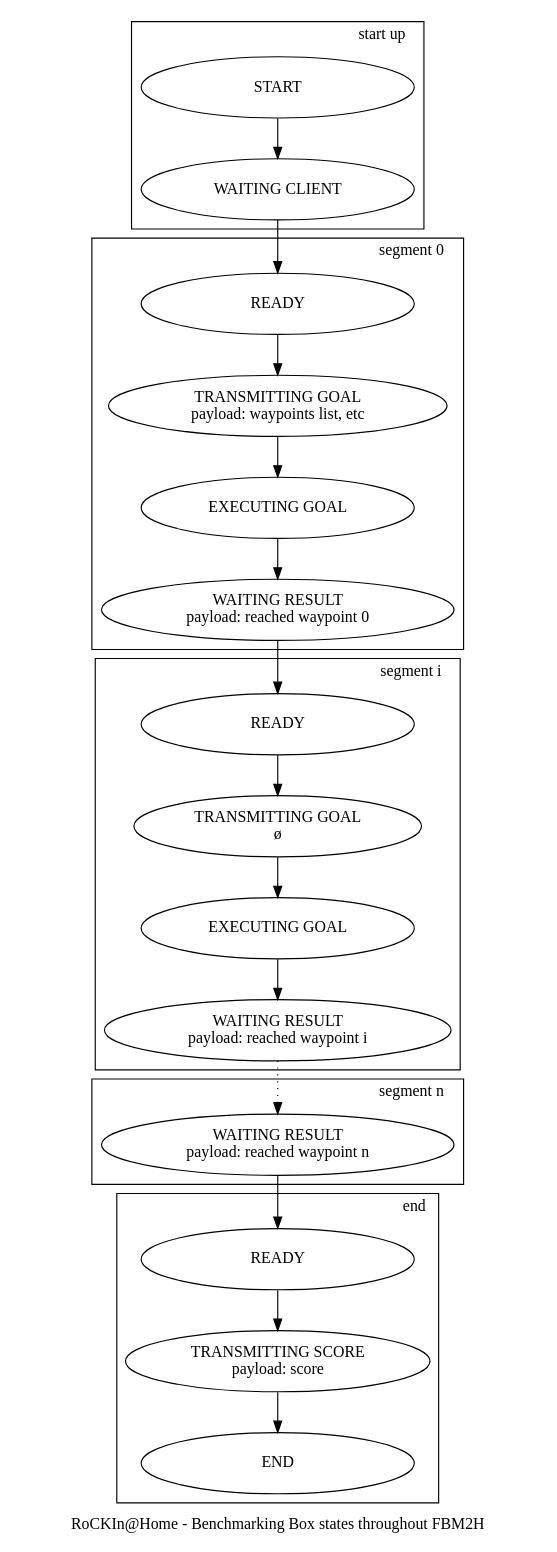
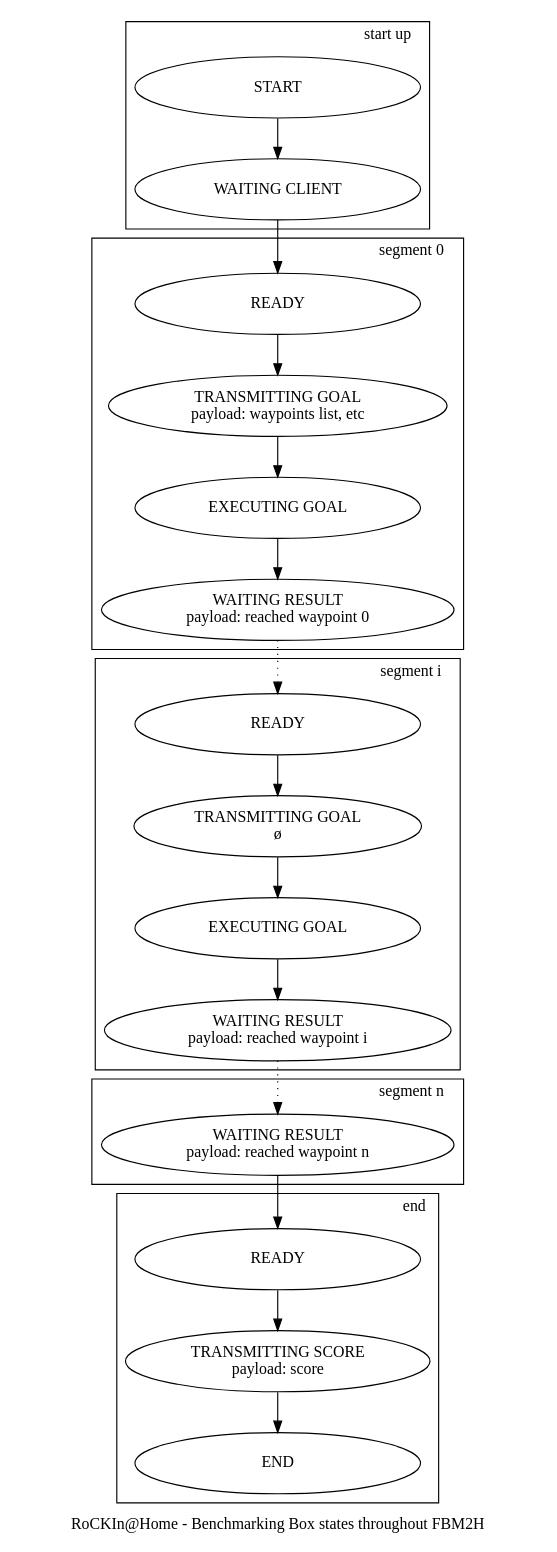
Before and after one commit to Enri2077/rockin_my_doc: the diagram in FBM2H workflow.dot, drawn with Graphviz. The commit also changed 1 other file, not shown here.

```diff
--- a/FBM2H workflow.dot
+++ b/FBM2H workflow.dot
@@ -1,72 +1,72 @@
 digraph {
 	label="RoCKIn@Home - Benchmarking Box states throughout FBM2H";
 	rankdir=TD
 	
-	node[shape="oval", style="", width=3.35, height=0.75]
+	node[shape="oval", style="", width=3.5, height=0.75]
 		start				[label="START"];
 		waiting_client		[label="WAITING CLIENT"];
 		
 		ready				[label="READY"];
 		transmitting_goal	[label="TRANSMITTING GOAL\npayload: waypoints list, etc"];
 		executing_goal		[label="EXECUTING GOAL"];
 		waiting_result		[label="WAITING RESULT\npayload: reached waypoint 0"];
 		
 		ready1				[label="READY"];
 		transmitting_goal1	[label="TRANSMITTING GOAL\nø"];
 		executing_goal1		[label="EXECUTING GOAL"];
 		waiting_result1		[label="WAITING RESULT\npayload: reached waypoint i"];
 		
 		ready2				[label="READY"];
 		waiting_result2		[label="WAITING RESULT\npayload: reached waypoint n"];
 		
 		transmitting_score	[label="TRANSMITTING SCORE\npayload: score"];
 		end					[label="END"];
 	
 	
 	
 	
 	subgraph cluster_startup {
 		start ->
 		waiting_client;
 		labeljust = r;
 		label = "start up";
 		
 	}
 	
 	subgraph cluster_s0 {
 		waiting_client ->
 		ready ->
 		transmitting_goal ->
 		executing_goal ->
 		waiting_result;
 		labeljust = r;
 		label = "segment 0";
 	}
 	
 	subgraph cluster_si {
-		waiting_result ->
+		waiting_result -> ready1[style=dotted];
 		ready1 -> 
 		transmitting_goal1 ->
 		executing_goal1 ->
 		waiting_result1;
 		labeljust = r;
 		label = "segment i";
 	}
 	
 	subgraph cluster_sn {
 		waiting_result1 -> waiting_result2[style=dotted];
 		labeljust = r;
 		label = "segment n";
 	}
 	
 	subgraph cluster_end {
 		waiting_result2 ->
 		ready2 ->
 		transmitting_score -> end;
 		labeljust = r;
 		label = "end";
 	}
 	
 
 
 }
```
